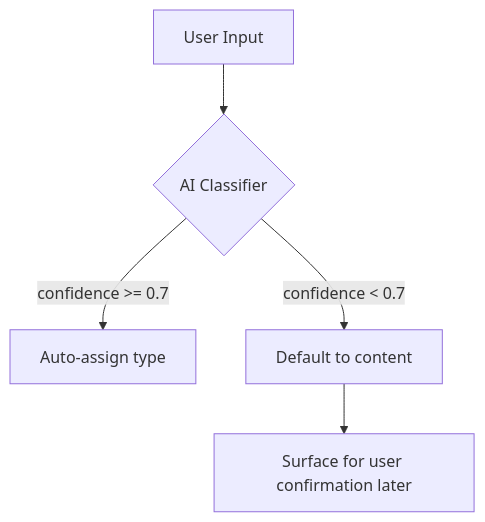
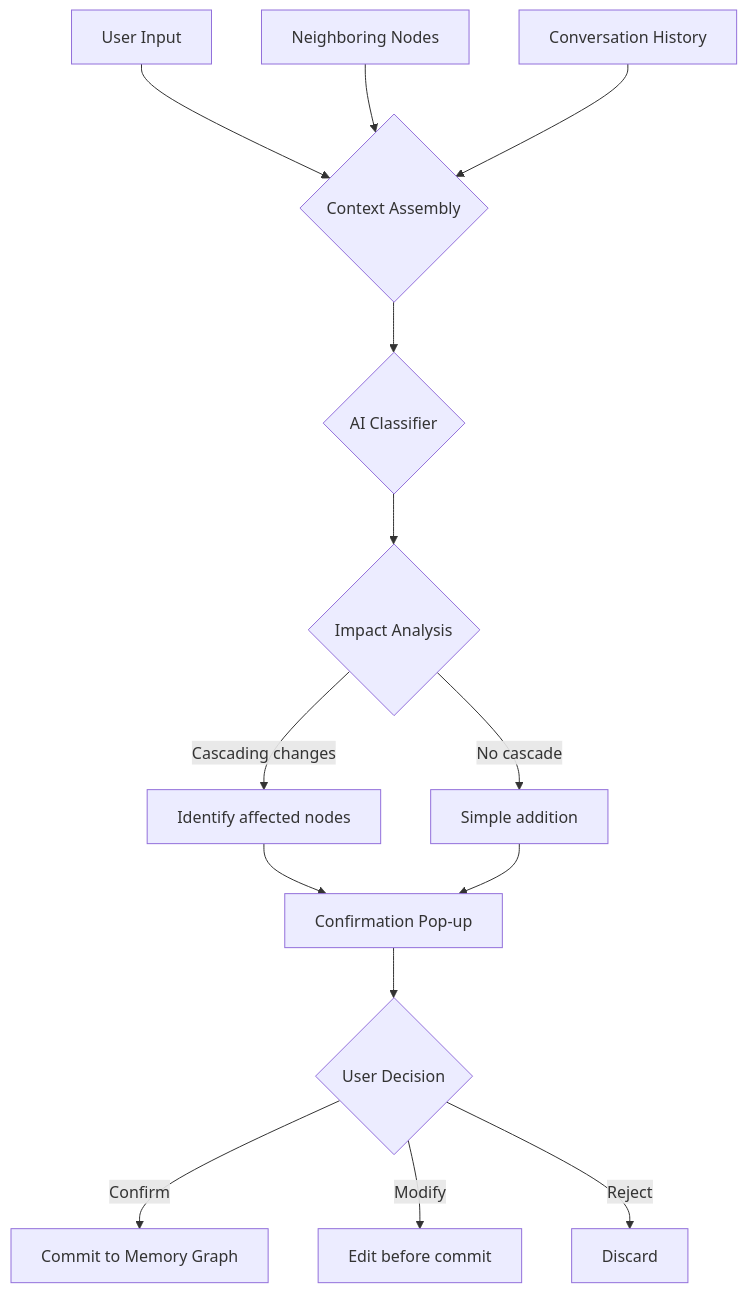
Diagram 30 of 35 in docs/specs/idea-to-app-flow/PROPERTY-MODEL-STRESS-TEST.md (nenadatanasovski/Idea_Incubator), drawn with Mermaid before and after one commit. The commit also changed other lines of this file and 85 other files, not shown here.

````diff
--- a/docs/specs/idea-to-app-flow/PROPERTY-MODEL-STRESS-TEST.md
+++ b/docs/specs/idea-to-app-flow/PROPERTY-MODEL-STRESS-TEST.md
@@ -1989,7 +1991,16 @@
 ```mermaid
 graph TD
-    INPUT[User Input] --> CLASSIFY{AI Classifier}
-    CLASSIFY --> |confidence >= 0.7| AUTO[Auto-assign type]
-    CLASSIFY --> |confidence < 0.7| DEFAULT[Default to content]
-    DEFAULT --> SURFACE[Surface for user confirmation later]
+    INPUT[User Input] --> CONTEXT{Context Assembly}
+    NEIGHBOR[Neighboring Nodes] --> CONTEXT
+    CONV[Conversation History] --> CONTEXT
+    CONTEXT --> AI{AI Classifier}
+    AI --> IMPACT{Impact Analysis}
+    IMPACT --> |Cascading changes| CASCADE[Identify affected nodes]
+    IMPACT --> |No cascade| SIMPLE[Simple addition]
+    CASCADE --> CONFIRM[Confirmation Pop-up]
+    SIMPLE --> CONFIRM
+    CONFIRM --> USER{User Decision}
+    USER --> |Confirm| COMMIT[Commit to Memory Graph]
+    USER --> |Modify| EDIT[Edit before commit]
+    USER --> |Reject| DISCARD[Discard]
 ```
````
